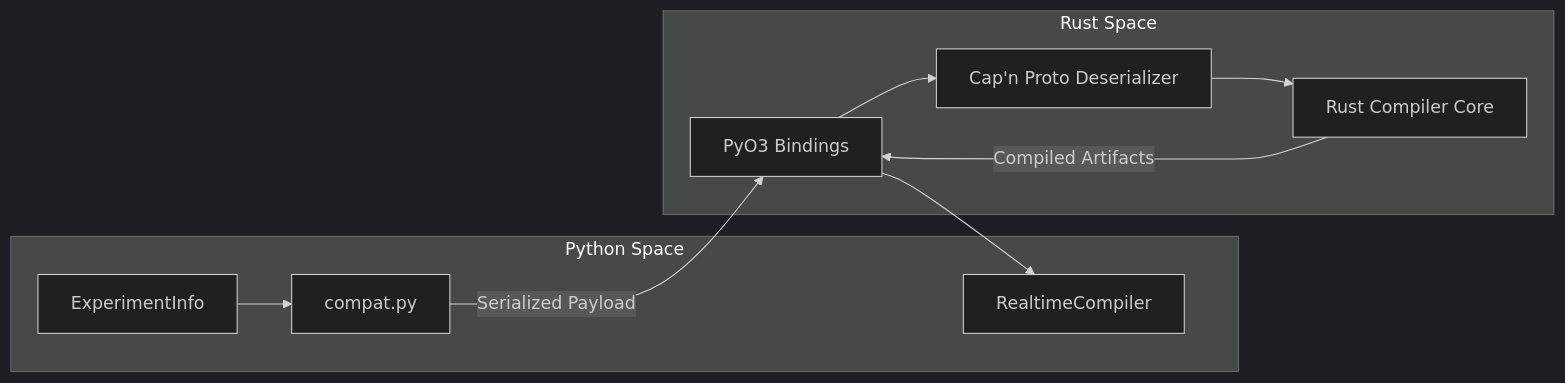
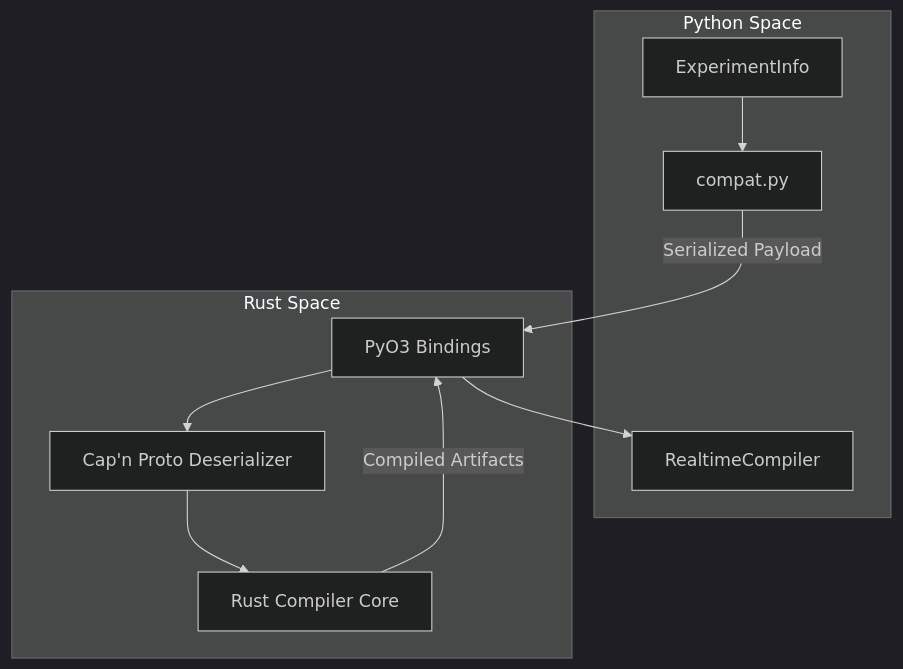
One commit to brianzi/laboneq-devguide changed the second of 3 diagrams in docs/06-compiler-overview.md. Above: the diagram before and after it, drawn with Mermaid (dark theme). The commit also changed 9 other files, not shown here.

````diff
--- a/docs/06-compiler-overview.md
+++ b/docs/06-compiler-overview.md
@@ -104,21 +104,21 @@
 ```mermaid
-graph LR
+graph TD
     subgraph Python_Space [Python Space]
         EI[ExperimentInfo]
         CB[compat.py]
         RTC[RealtimeCompiler]
     end
 
     subgraph Rust_Space [Rust Space]
         PYO3[PyO3 Bindings]
         CP[Cap'n Proto Deserializer]
         R_CORE[Rust Compiler Core]
     end
 
     EI --> CB
     CB -- "Serialized Payload" --> PYO3
     PYO3 --> CP
     CP --> R_CORE
     R_CORE -- "Compiled Artifacts" --> PYO3
     PYO3 --> RTC
 ```
````
